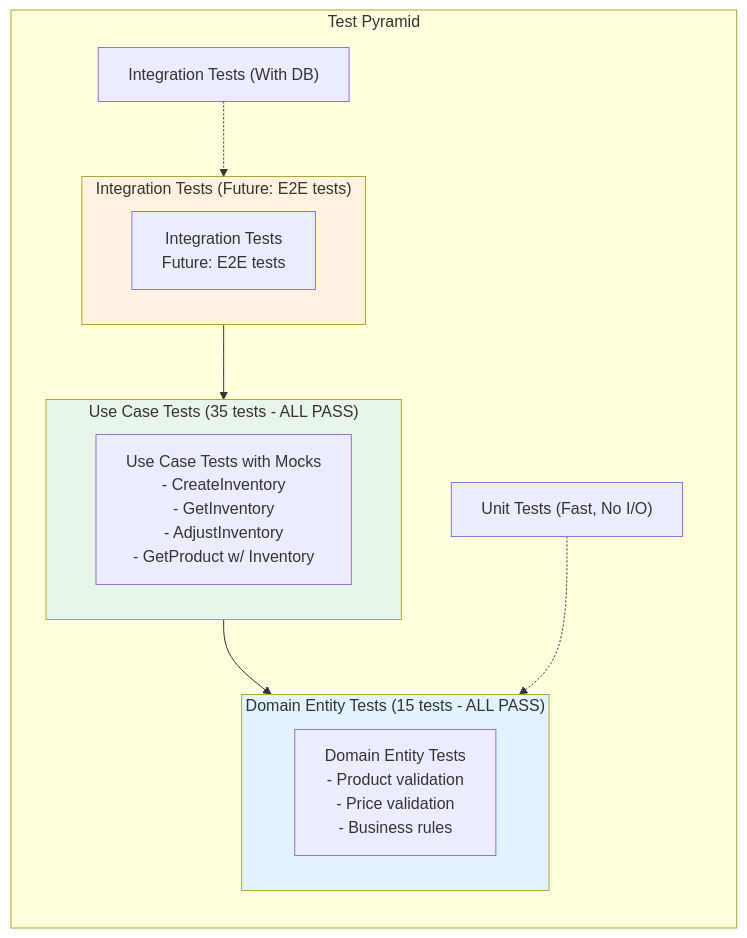
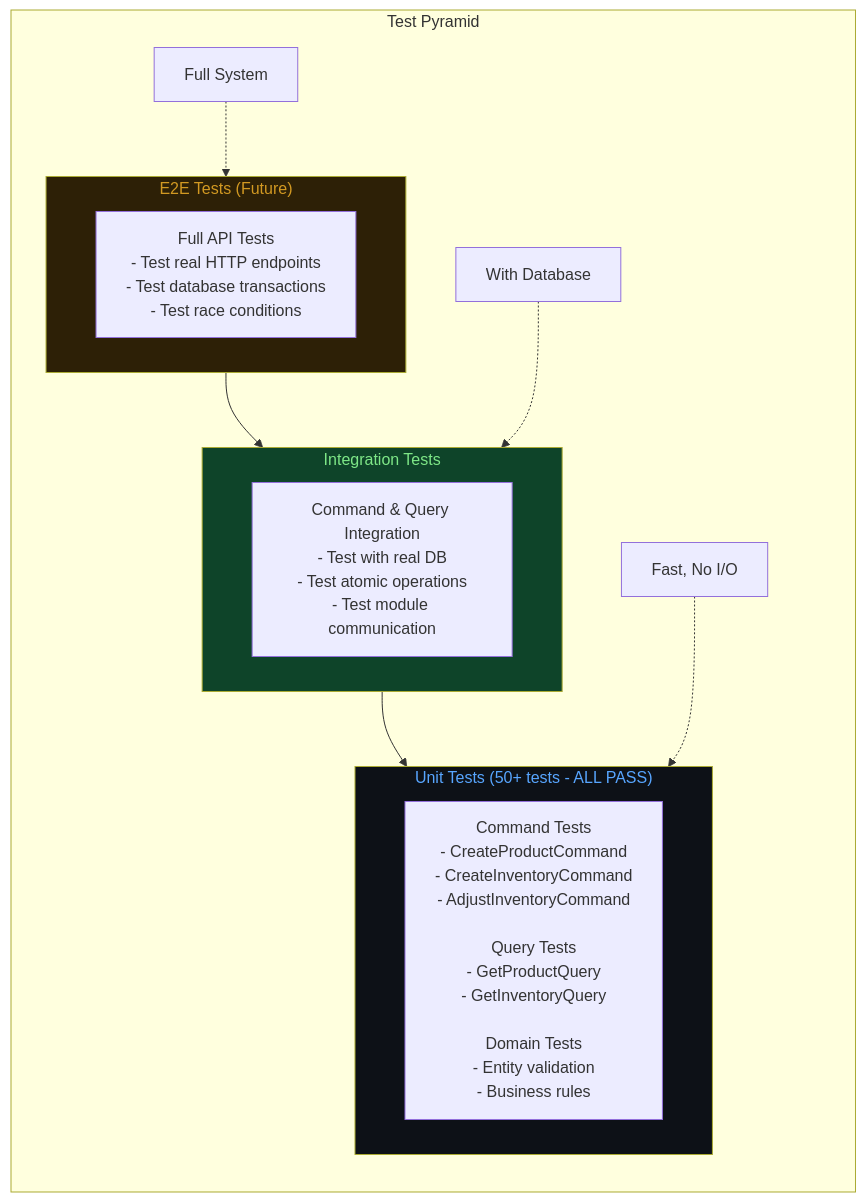
One commit to JoshuaPangaribuan/clean-arch-ddd changed the tenth of 10 diagrams in ARCHITECTURE_DIAGRAM.md. Above: the diagram before and after it, drawn with Mermaid. The commit also changed other lines of this file and 19 other files, not shown here.

First line of the commit message:
feat: Implement CQRS pattern with bug fixes and architecture updates

````diff
--- a/ARCHITECTURE_DIAGRAM.md
+++ b/ARCHITECTURE_DIAGRAM.md
@@ -296,28 +508,29 @@
 ```mermaid
 flowchart TD
     subgraph Pyramid["Test Pyramid"]
         direction TB
         
-        subgraph Integration["Integration Tests (Future: E2E tests)"]
-            IntegrationLabel["Integration Tests<br/>Future: E2E tests"]
+        subgraph E2E["E2E Tests (Future)"]
+            E2ELabel["Full API Tests<br/>- Test real HTTP endpoints<br/>- Test database transactions<br/>- Test race conditions"]
         end
         
-        subgraph UseCase["Use Case Tests (35 tests - ALL PASS)"]
-            UseCaseLabel["Use Case Tests with Mocks<br/>- CreateInventory<br/>- GetInventory<br/>- AdjustInventory<br/>- GetProduct w/ Inventory"]
+        subgraph Integration["Integration Tests"]
+            IntLabel["Command & Query Integration<br/>- Test with real DB<br/>- Test atomic operations<br/>- Test module communication"]
         end
         
-        subgraph Domain["Domain Entity Tests (15 tests - ALL PASS)"]
-            DomainLabel["Domain Entity Tests<br/>- Product validation<br/>- Price validation<br/>- Business rules"]
+        subgraph Unit["Unit Tests (50+ tests - ALL PASS)"]
+            UnitLabel["Command Tests<br/>- CreateProductCommand<br/>- CreateInventoryCommand<br/>- AdjustInventoryCommand<br/><br/>Query Tests<br/>- GetProductQuery<br/>- GetInventoryQuery<br/><br/>Domain Tests<br/>- Entity validation<br/>- Business rules"]
         end
         
-        Integration --> UseCase
-        UseCase --> Domain
+        E2E --> Integration
+        Integration --> Unit
         
-        Note1["Unit Tests (Fast, No I/O)"] -.-> Domain
-        Note2["Integration Tests (With DB)"] -.-> Integration
+        Note1["Fast, No I/O"] -.-> Unit
+        Note2["With Database"] -.-> Integration
+        Note3["Full System"] -.-> E2E
     end
     
-    style Integration fill:#fff3e0
-    style UseCase fill:#e8f5e9
-    style Domain fill:#e3f2fd
+    style E2E fill:#2d2006,color:#d29922
+    style Integration fill:#0e4429,color:#7ee787
+    style Unit fill:#0d1117,color:#58a6ff
 ```
````
